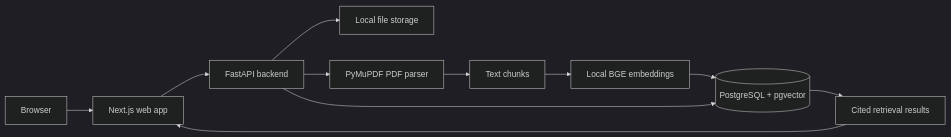
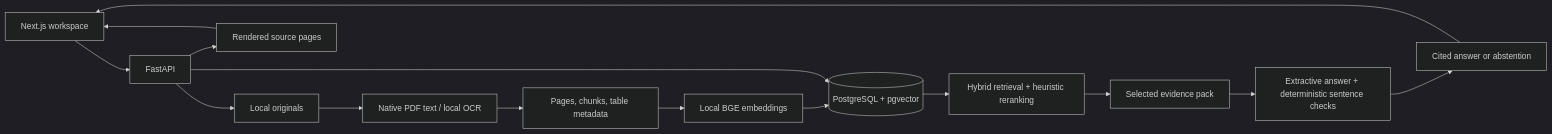
One commit to nigelcheong1/docintel-ai changed the diagram in docs/architecture/system-overview.mmd. Above: the diagram before and after it, drawn with Mermaid (dark theme). The commit also changed 48 other files, not shown here.

```diff
--- a/docs/architecture/system-overview.mmd
+++ b/docs/architecture/system-overview.mmd
@@ -1,11 +1,15 @@
 flowchart LR
-  Browser[Browser] --> Web[Next.js web app]
-  Web --> API[FastAPI backend]
-  API --> Storage[Local file storage]
-  API --> Parser[PyMuPDF PDF parser]
-  Parser --> Chunks[Text chunks]
-  Chunks --> Embedder[Local BGE embeddings]
-  Embedder --> DB[(PostgreSQL + pgvector)]
-  API --> DB
-  DB --> Search[Cited retrieval results]
-  Search --> Web
+    Browser[Next.js workspace] --> API[FastAPI]
+    API --> Originals[Local originals]
+    Originals --> Extract[Native PDF text / local OCR]
+    Extract --> Pages[Pages, chunks, table metadata]
+    Pages --> BGE[Local BGE embeddings]
+    BGE --> DB[(PostgreSQL + pgvector)]
+    API --> DB
+    DB --> Retrieve[Hybrid retrieval + heuristic reranking]
+    Retrieve --> Pack[Selected evidence pack]
+    Pack --> Check[Extractive answer + deterministic sentence checks]
+    Check --> Result[Cited answer or abstention]
+    Result --> Browser
+    API --> Preview[Rendered source pages]
+    Preview --> Browser
```
